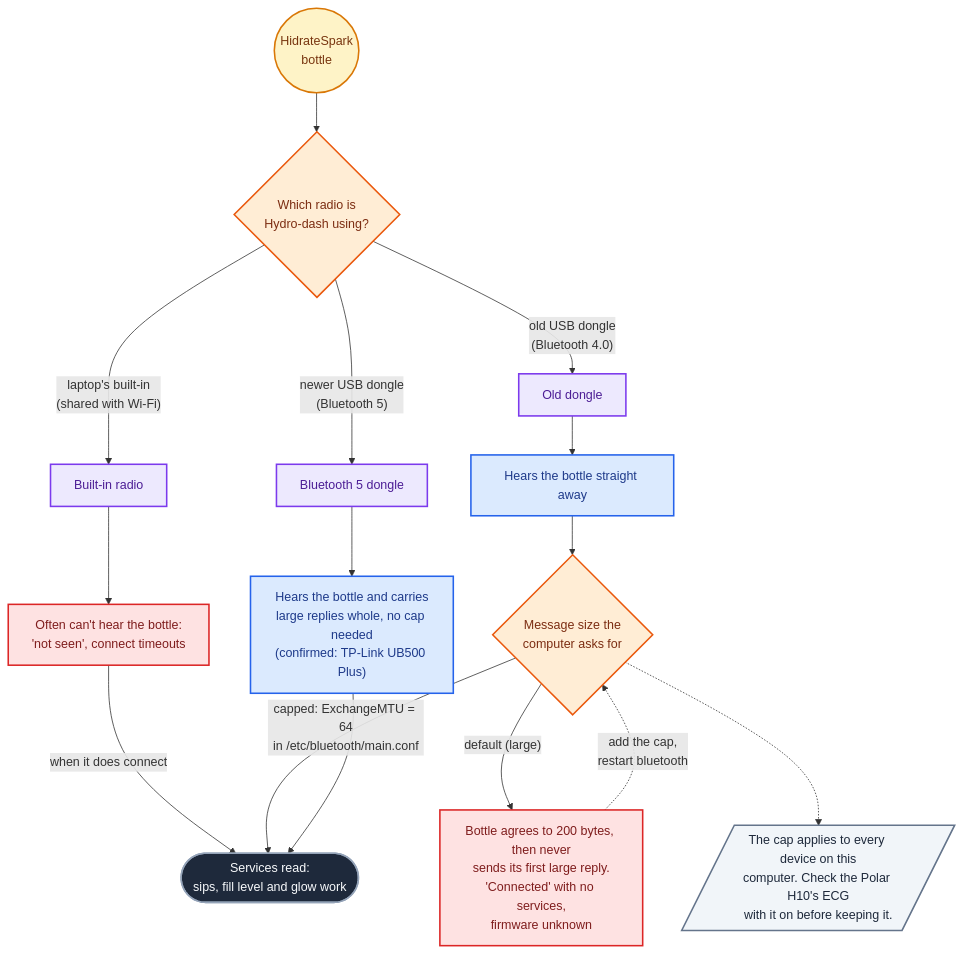
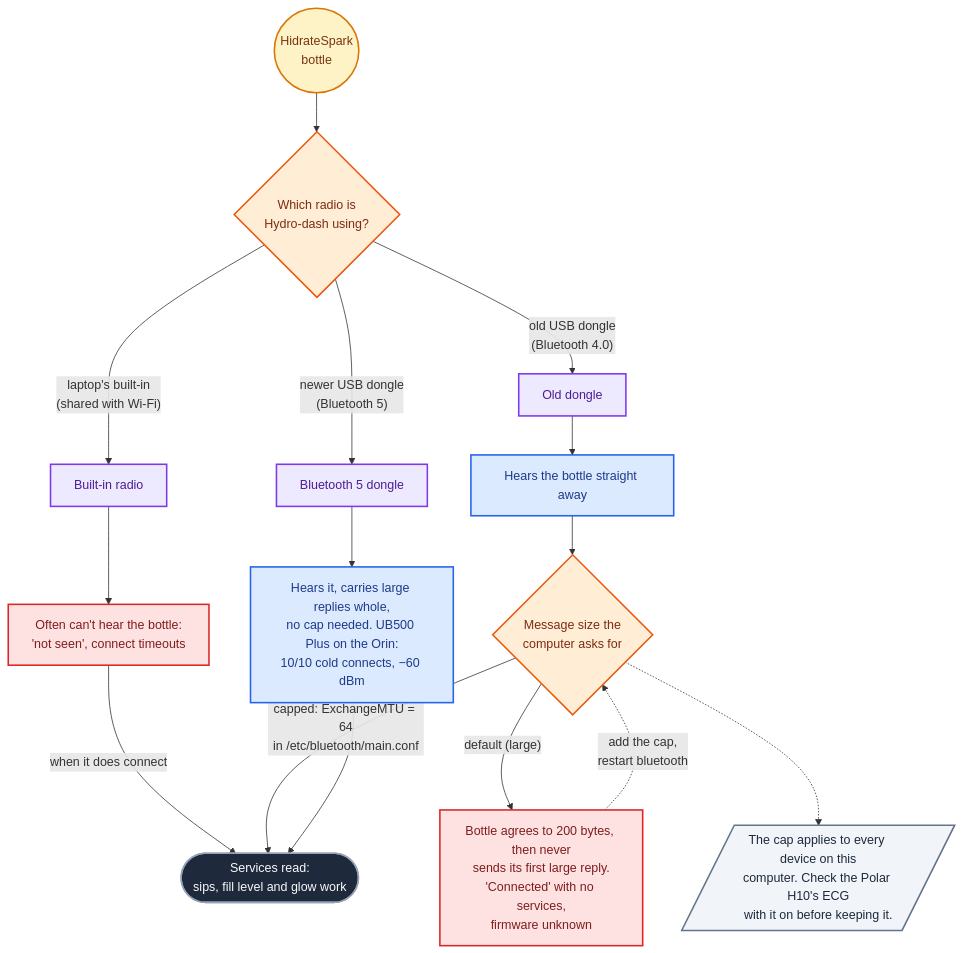
The eighth of 11 diagrams in Bio-dashboards/docs/ARCHITECTURE.md (Meapy011/ReaLLM-Forge), drawn with Mermaid before and after one commit. The commit also changed other lines of this file and 7 other files, not shown here.

````diff
--- a/Bio-dashboards/docs/ARCHITECTURE.md
+++ b/Bio-dashboards/docs/ARCHITECTURE.md
@@ -361,42 +362,42 @@
 ```mermaid
 flowchart TB
     B(("HidrateSpark<br/>bottle")) --> Q{"Which radio is<br/>Hydro-dash using?"}
 
     Q -->|"laptop's built-in<br/>(shared with Wi-Fi)"| I["Built-in radio"]
     Q -->|"old USB dongle<br/>(Bluetooth 4.0)"| O["Old dongle"]
     Q -->|"newer USB dongle<br/>(Bluetooth 5)"| N["Bluetooth 5 dongle"]
 
     I --> I1["Often can't hear the bottle:<br/>'not seen', connect timeouts"]
     I1 -->|when it does connect| OK
 
     O --> O1["Hears the bottle straight away"]
     O1 --> M{"Message size the<br/>computer asks for"}
     M -->|"default (large)"| X["Bottle agrees to 200 bytes, then never<br/>sends its first large reply.<br/>'Connected' with no services,<br/>firmware unknown"]
     M -->|"capped: ExchangeMTU = 64<br/>in /etc/bluetooth/main.conf"| OK
     X -.->|add the cap,<br/>restart bluetooth| M
 
-    N --> N1["Hears the bottle and carries<br/>large replies whole, no cap needed<br/>(confirmed: TP-Link UB500 Plus)"]
+    N --> N1["Hears it, carries large replies whole,<br/>no cap needed. UB500 Plus on the Orin:<br/>10/10 cold connects, −60 dBm"]
     N1 --> OK
 
     OK(["Services read:<br/>sips, fill level and glow work"])
     CAP[/"The cap applies to every device on this<br/>computer. Check the Polar H10's ECG<br/>with it on before keeping it."/]
     M -.-> CAP
 
     classDef device fill:#FEF3C7,stroke:#D97706,color:#78350F,stroke-width:2px
     classDef radio fill:#EDE9FE,stroke:#7C3AED,color:#4C1D95,stroke-width:2px
     classDef worker fill:#DBEAFE,stroke:#2563EB,color:#1E3A8A,stroke-width:2px
     classDef app fill:#CCFBF1,stroke:#0D9488,color:#134E4A,stroke-width:2px
     classDef file fill:#F1F5F9,stroke:#64748B,color:#1E293B,stroke-width:2px
     classDef store fill:#DCFCE7,stroke:#16A34A,color:#14532D,stroke-width:2px
     classDef ui fill:#FCE7F3,stroke:#DB2777,color:#831843,stroke-width:2px
     classDef decision fill:#FFEDD5,stroke:#EA580C,color:#7C2D12,stroke-width:2px
     classDef warn fill:#FEE2E2,stroke:#DC2626,color:#7F1D1D,stroke-width:2px
     classDef start fill:#1E293B,stroke:#94A3B8,color:#F8FAFC,stroke-width:2px
     class B device
     class I,O,N radio
     class Q,M decision
     class I1,X warn
     class O1,N1 worker
     class OK start
     class CAP file
 ```
````
